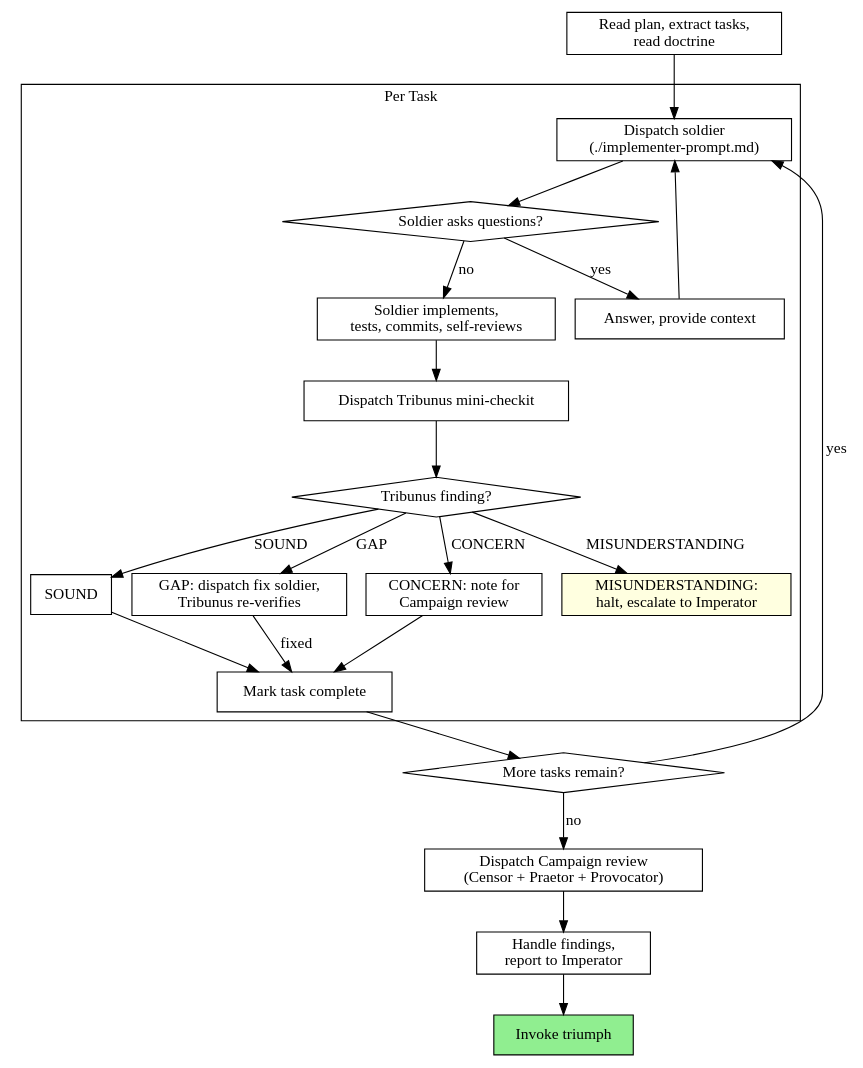
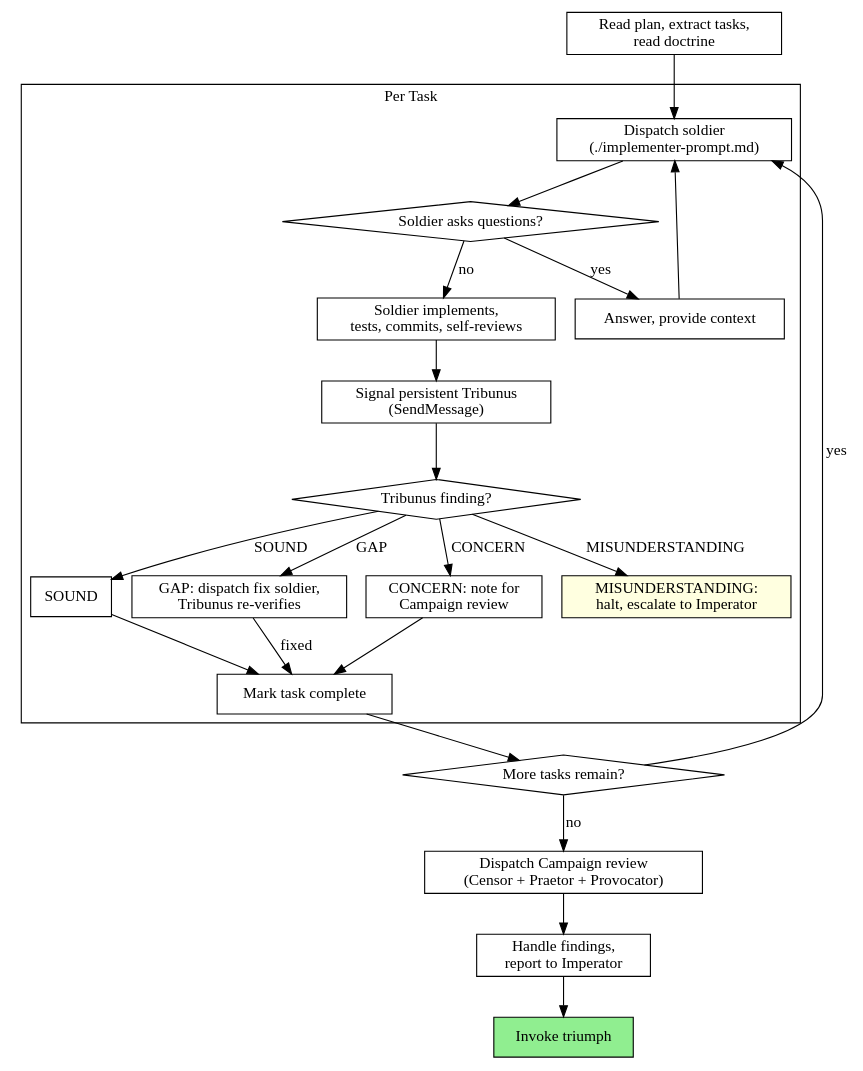
Before and after one commit to Milovan-Crowley/Consilium: the second of 2 diagrams in claude/skills/legion/SKILL.md, drawn with Graphviz. The commit also changed other lines of this file and 1 other file, not shown here.

Commit message:
feat(legion): spawn persistent Tribunus-executor at Legion start; signal via SendMessage; 15-task lifetime; preserve mini-checkit fallback

````diff
--- a/claude/skills/legion/SKILL.md
+++ b/claude/skills/legion/SKILL.md
@@ -89,46 +89,46 @@
 ```dot
 digraph process {
     rankdir=TB;
 
     subgraph cluster_per_task {
         label="Per Task";
         "Dispatch soldier\n(./implementer-prompt.md)" [shape=box];
         "Soldier asks questions?" [shape=diamond];
         "Answer, provide context" [shape=box];
         "Soldier implements,\ntests, commits, self-reviews" [shape=box];
-        "Dispatch Tribunus mini-checkit" [shape=box];
+        "Signal persistent Tribunus\n(SendMessage)" [shape=box];
         "Tribunus finding?" [shape=diamond];
         "SOUND" [shape=box];
         "GAP: dispatch fix soldier,\nTribunus re-verifies" [shape=box];
         "CONCERN: note for\nCampaign review" [shape=box];
         "MISUNDERSTANDING:\nhalt, escalate to Imperator" [shape=box style=filled fillcolor=lightyellow];
         "Mark task complete" [shape=box];
     }
 
     "Read plan, extract tasks,\nread doctrine" [shape=box];
     "More tasks remain?" [shape=diamond];
     "Dispatch Campaign review\n(Censor + Praetor + Provocator)" [shape=box];
     "Handle findings,\nreport to Imperator" [shape=box];
     "Invoke triumph" [shape=box style=filled fillcolor=lightgreen];
 
     "Read plan, extract tasks,\nread doctrine" -> "Dispatch soldier\n(./implementer-prompt.md)";
     "Dispatch soldier\n(./implementer-prompt.md)" -> "Soldier asks questions?";
     "Soldier asks questions?" -> "Answer, provide context" [label="yes"];
     "Answer, provide context" -> "Dispatch soldier\n(./implementer-prompt.md)";
     "Soldier asks questions?" -> "Soldier implements,\ntests, commits, self-reviews" [label="no"];
-    "Soldier implements,\ntests, commits, self-reviews" -> "Dispatch Tribunus mini-checkit";
-    "Dispatch Tribunus mini-checkit" -> "Tribunus finding?";
+    "Soldier implements,\ntests, commits, self-reviews" -> "Signal persistent Tribunus\n(SendMessage)";
+    "Signal persistent Tribunus\n(SendMessage)" -> "Tribunus finding?";
     "Tribunus finding?" -> "SOUND" [label="SOUND"];
     "Tribunus finding?" -> "GAP: dispatch fix soldier,\nTribunus re-verifies" [label="GAP"];
     "Tribunus finding?" -> "CONCERN: note for\nCampaign review" [label="CONCERN"];
     "Tribunus finding?" -> "MISUNDERSTANDING:\nhalt, escalate to Imperator" [label="MISUNDERSTANDING"];
     "SOUND" -> "Mark task complete";
     "GAP: dispatch fix soldier,\nTribunus re-verifies" -> "Mark task complete" [label="fixed"];
     "CONCERN: note for\nCampaign review" -> "Mark task complete";
     "Mark task complete" -> "More tasks remain?";
     "More tasks remain?" -> "Dispatch soldier\n(./implementer-prompt.md)" [label="yes"];
     "More tasks remain?" -> "Dispatch Campaign review\n(Censor + Praetor + Provocator)" [label="no"];
     "Dispatch Campaign review\n(Censor + Praetor + Provocator)" -> "Handle findings,\nreport to Imperator";
     "Handle findings,\nreport to Imperator" -> "Invoke triumph";
 }
 ```
````
